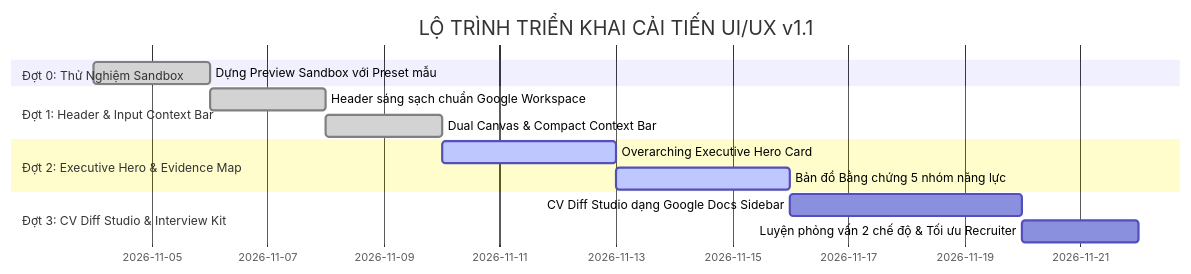
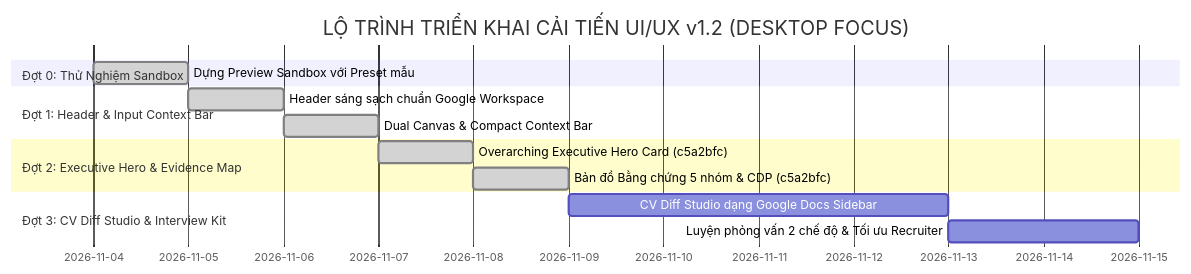
One commit to vutch86-cmyk/rolematch2 changed the second of 2 diagrams in docs/UI_UX_IMPLEMENTATION_PLAN.md. Above: the diagram before and after it, drawn with Mermaid. The commit also changed other lines of this file and 7 other files, not shown here.

Commit message:
docs(phase2): record technical acceptance at c5a2bfc and archive CDP evidence

````diff
--- a/docs/UI_UX_IMPLEMENTATION_PLAN.md
+++ b/docs/UI_UX_IMPLEMENTATION_PLAN.md
@@ -171,16 +175,16 @@
 ```mermaid
 gantt
-    title LỘ TRÌNH TRIỂN KHAI CẢI TIẾN UI/UX v1.1
+    title LỘ TRÌNH TRIỂN KHAI CẢI TIẾN UI/UX v1.2 (DESKTOP FOCUS)
     dateFormat  YYYY-MM-DD
     section Đợt 0: Thử Nghiệm Sandbox
-    Dựng Preview Sandbox với Preset mẫu        :done, p0, 2026-11-04, 2d
+    Dựng Preview Sandbox với Preset mẫu        :done, p0, 2026-11-04, 1d
     section Đợt 1: Header & Input Context Bar
-    Header sáng sạch chuẩn Google Workspace    :done, p1_1, after p0, 2d
-    Dual Canvas & Compact Context Bar          :done, p1_2, after p1_1, 2d
+    Header sáng sạch chuẩn Google Workspace    :done, p1_1, after p0, 1d
+    Dual Canvas & Compact Context Bar          :done, p1_2, after p1_1, 1d
     section Đợt 2: Executive Hero & Evidence Map
-    Overarching Executive Hero Card            :active, p2_1, after p1_2, 3d
-    Bản đồ Bằng chứng 5 nhóm năng lực          :active, p2_2, after p2_1, 3d
+    Overarching Executive Hero Card (c5a2bfc)  :done, p2_1, after p1_2, 1d
+    Bản đồ Bằng chứng 5 nhóm & CDP (c5a2bfc)   :done, p2_2, after p2_1, 1d
     section Đợt 3: CV Diff Studio & Interview Kit
     CV Diff Studio dạng Google Docs Sidebar    :p3_1, after p2_2, 4d
     Luyện phỏng vấn 2 chế độ & Tối ưu Recruiter:p3_2, after p3_1, 2d
 ```
````
